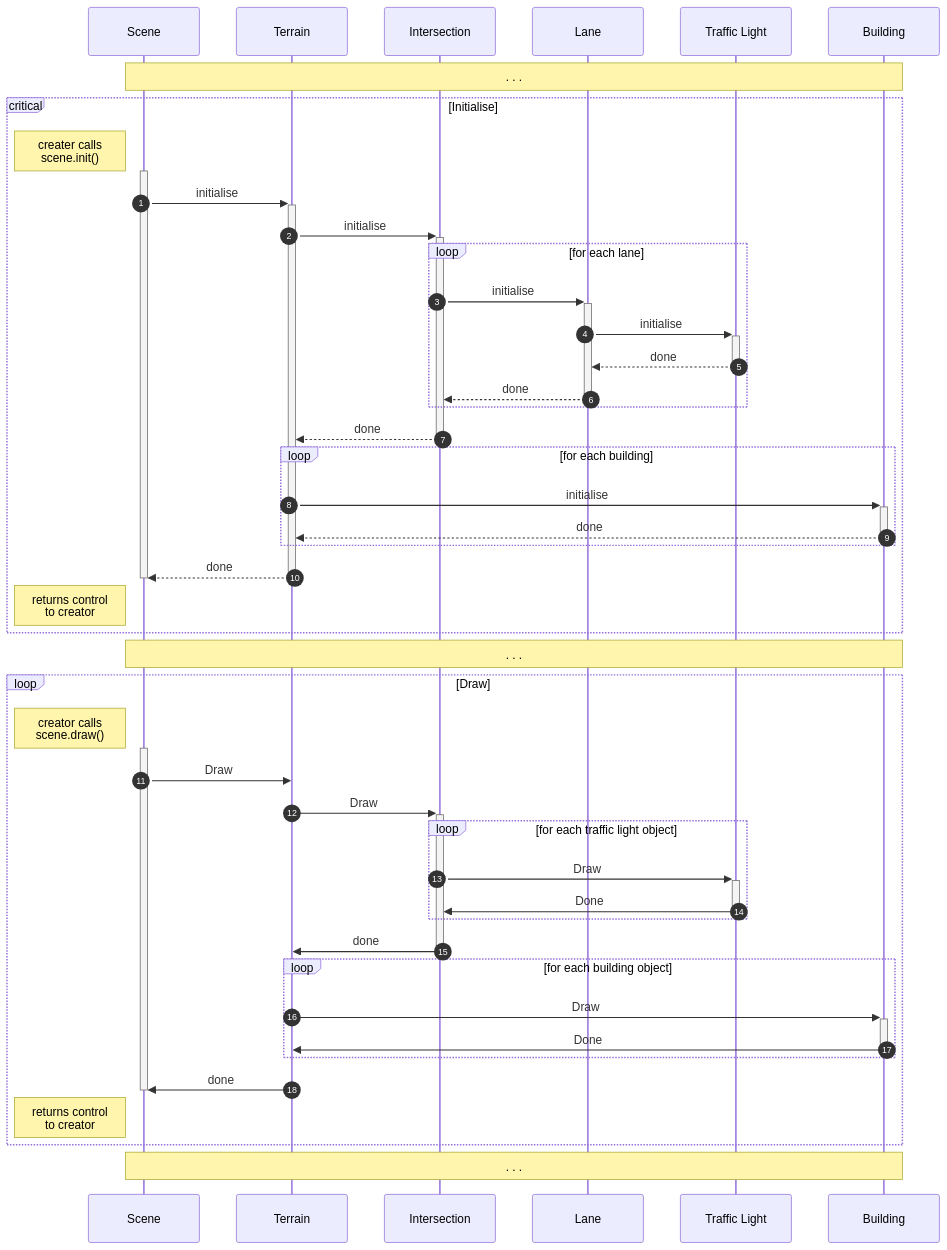
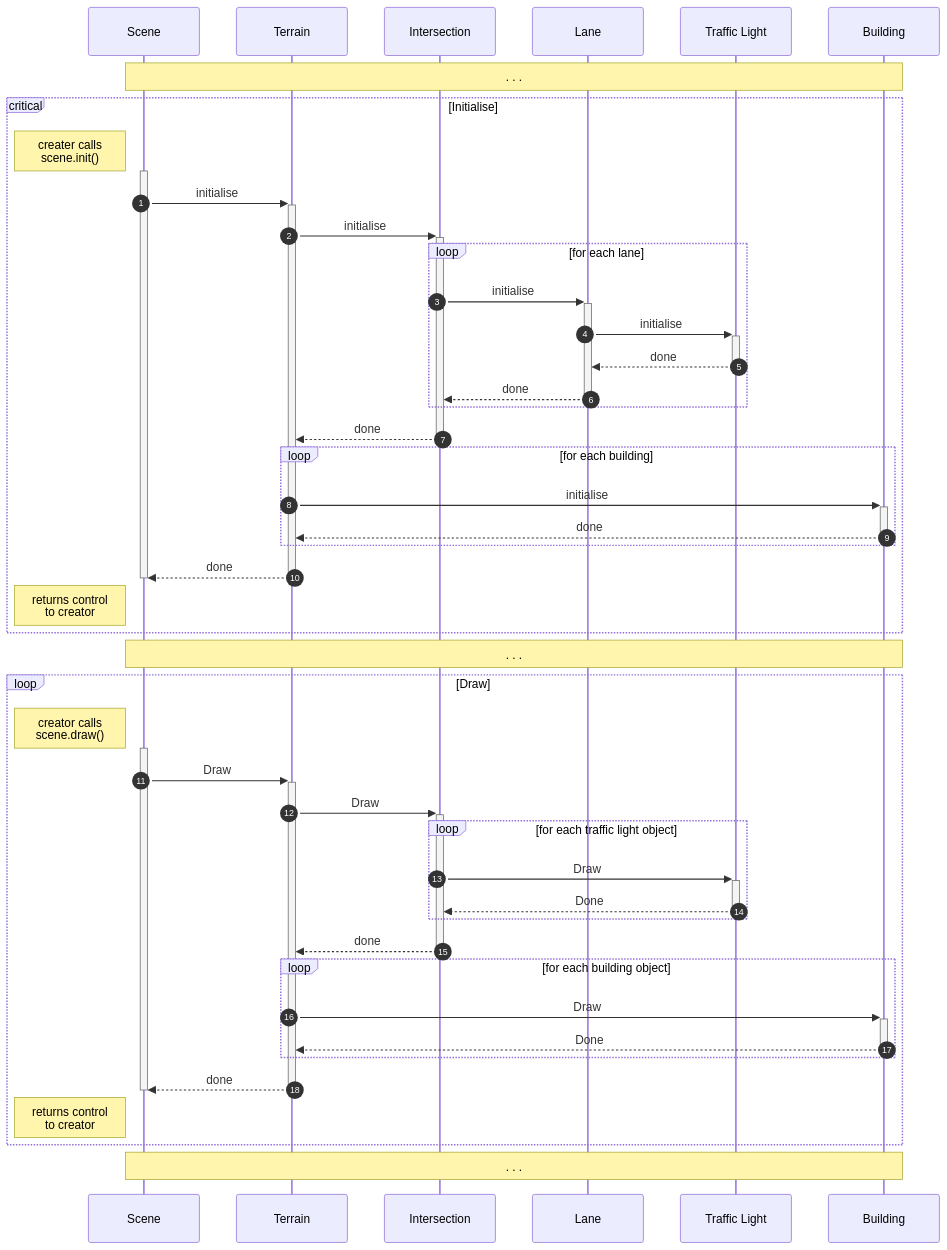
Before and after one commit to corbeau217/cpp_opengl_vehicles: the fourth of 6 diagrams in docs/docs_01_conceptual.md, drawn with Mermaid. The commit also changed 1 other file, not shown here.

Commit message:
finish the terrain sequence diagram

````diff
--- a/docs/docs_01_conceptual.md
+++ b/docs/docs_01_conceptual.md
@@ -418,61 +418,61 @@
 ```mermaid
 sequenceDiagram
     autonumber
     %% -------------------------------------------------
     participant SCENE as Scene
     participant TERRAIN as Terrain
     participant INTERSECTION as Intersection
     participant LANE as Lane
     participant TRAFFICLIGHT as Traffic Light
     participant BUILDING as Building
     %% ...
     %% -------------------------------------------------
     note over SCENE,BUILDING: . . . 
     %% -------------------------------------------------
     critical Initialise
     note left of SCENE: creater calls<br>scene.init()
     activate SCENE
     SCENE ->>+ TERRAIN: initialise
     TERRAIN ->>+ INTERSECTION: initialise
     loop for each lane
     INTERSECTION ->>+ LANE: initialise
     LANE ->>+ TRAFFICLIGHT: initialise
     TRAFFICLIGHT -->>- LANE: done
     LANE -->>- INTERSECTION: done
     end
     INTERSECTION -->>- TERRAIN: done
     loop for each building
     TERRAIN ->>+ BUILDING: initialise
     BUILDING -->>- TERRAIN: done
     end
     TERRAIN -->>- SCENE: done
     deactivate SCENE
     note left of SCENE: returns control<br>to creator
     end
     %% -------------------------------------------------
     note over SCENE,BUILDING: . . . 
     %% -------------------------------------------------
     loop Draw
     note left of SCENE: creator calls<br>scene.draw()
     activate SCENE
     %% ...
-    SCENE ->> TERRAIN : Draw
+    SCENE ->>+ TERRAIN : Draw
     TERRAIN ->>+ INTERSECTION : Draw
     loop for each traffic light object
     INTERSECTION ->>+ TRAFFICLIGHT : Draw
-    TRAFFICLIGHT ->>- INTERSECTION : Done
+    TRAFFICLIGHT -->>- INTERSECTION : Done
     end
-    INTERSECTION ->>- TERRAIN : done
+    INTERSECTION -->>- TERRAIN : done
     loop for each building object
     TERRAIN ->>+ BUILDING : Draw
-    BUILDING ->>- TERRAIN : Done
+    BUILDING -->>- TERRAIN : Done
     end
-    TERRAIN ->> SCENE : done
+    TERRAIN -->>- SCENE : done
     %% ...
     deactivate SCENE
     note left of SCENE: returns control<br>to creator
     end
     %% -------------------------------------------------
     note over SCENE,BUILDING: . . . 
     %% -------------------------------------------------
 ```
````
